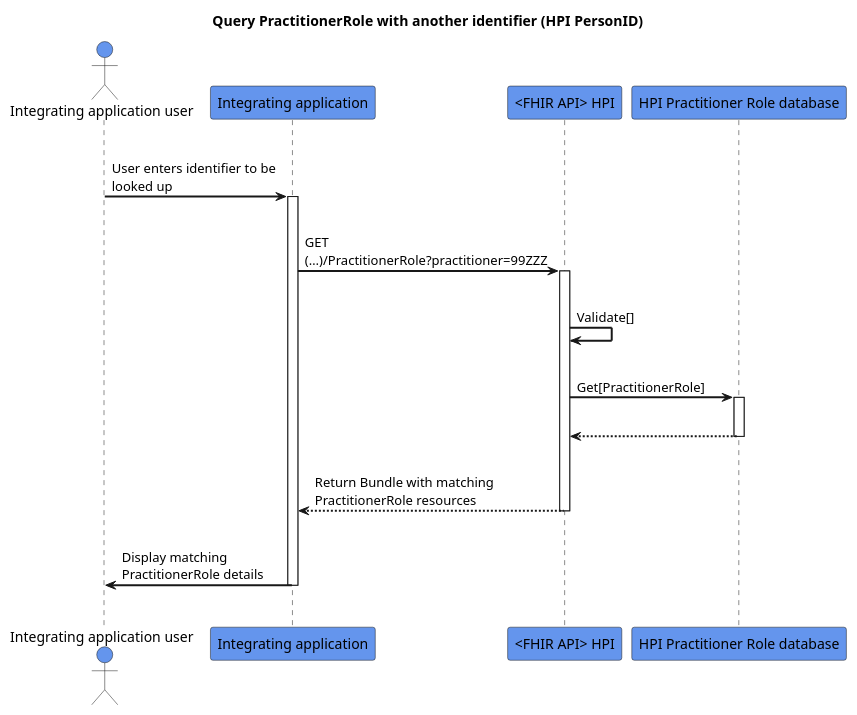
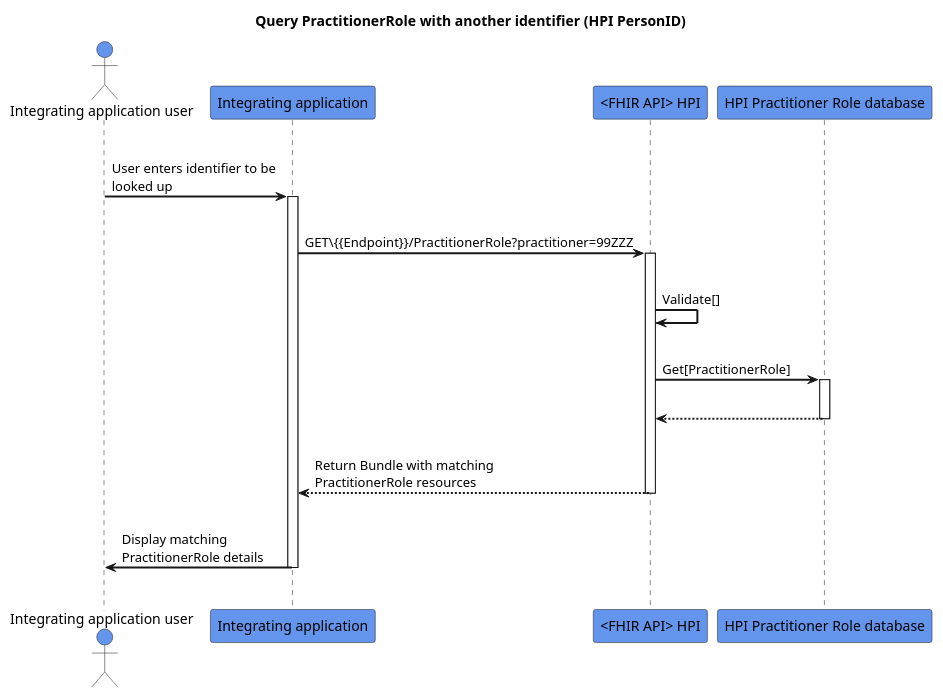
One commit to HL7NZ/hpi changed the diagram in input/images-source/query-practitionerrole.plantuml. Above: the diagram before and after it, drawn with PlantUML.

```diff
--- a/input/images-source/query-practitionerrole.plantuml
+++ b/input/images-source/query-practitionerrole.plantuml
@@ -1,33 +1,32 @@
 @startuml
 skinparam sequenceArrowThickness 2
 skinparam roundcorner 5
 skinparam maxmessagesize 180
 skinparam sequenceParticipant bold
 title Query PractitionerRole with another identifier (HPI PersonID)
 actor "Integrating application user" as User #CornflowerBlue
 participant "Integrating application" as A #CornflowerBlue
 participant "<FHIR API> HPI" as B #CornflowerBlue
 participant "HPI Practitioner Role database" as C #CornflowerBlue
 |||
 User -> A: User enters identifier to be looked up
 activate A
 |||
-A -> B: GET (…)/PractitionerRole?practitioner=99ZZZ
+A -> B: GET\{{Endpoint}}/PractitionerRole?practitioner=99ZZZ
 activate B
 |||
 B -> B: Validate[]
 |||
 B -> C: Get[PractitionerRole]
 activate C
 |||
-
 C -[dashed]-> B:  
 deactivate C
 |||
 B -[dashed]-> A:Return Bundle with matching PractitionerRole resources
 deactivate B
 |||
 A -> User: Display matching PractitionerRole details
 deactivate A
 |||
 @enduml
```
